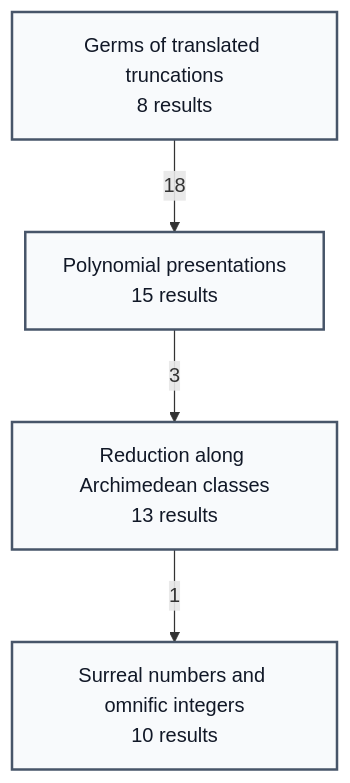
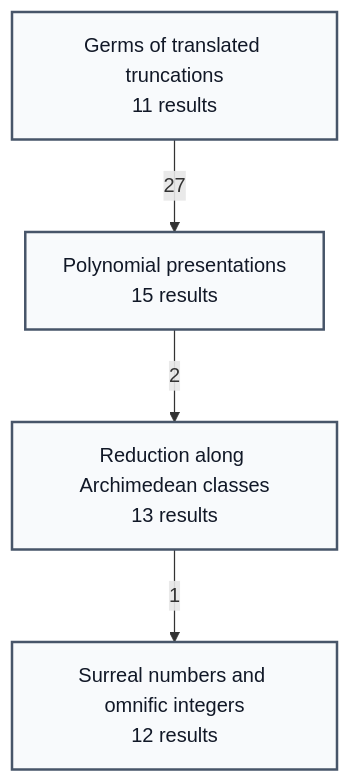
Before and after one commit to gaearon/conway-refinement: the first of 5 diagrams in README.md, drawn with Mermaid. The commit also changed other lines of this file and 36 other files, not shown here.

````diff
--- a/README.md
+++ b/README.md
@@ -168,18 +167,18 @@
 ```mermaid
 %% Generated by scripts/blueprint.sh; do not edit.
 %% Edge labels count visible result dependencies.
 flowchart TB
-  p0["Germs of translated truncations<br/>8 results"]:::phase
+  p0["Germs of translated truncations<br/>11 results"]:::phase
   p1["Polynomial presentations<br/>15 results"]:::phase
   p2["Reduction along Archimedean classes<br/>13 results"]:::phase
-  p3["Surreal numbers and omnific integers<br/>10 results"]:::phase
-  p0 -->|"18"| p1
-  p1 -->|"3"| p2
+  p3["Surreal numbers and omnific integers<br/>12 results"]:::phase
+  p0 -->|"27"| p1
+  p1 -->|"2"| p2
   p2 -->|"1"| p3
   click p0 "https://gaearon.github.io/conway-refinement/#/chapter/germs" "Open Germs of translated truncations"
   click p1 "https://gaearon.github.io/conway-refinement/#/chapter/polynomial-presentations" "Open Polynomial presentations"
   click p2 "https://gaearon.github.io/conway-refinement/#/chapter/archimedean-reduction" "Open Reduction along Archimedean classes"
   click p3 "https://gaearon.github.io/conway-refinement/#/chapter/conway-refinement" "Open Surreal numbers and omnific integers"
 
   classDef phase fill:#f8fafc,stroke:#475569,stroke-width:2px,color:#111827
 ```
````
